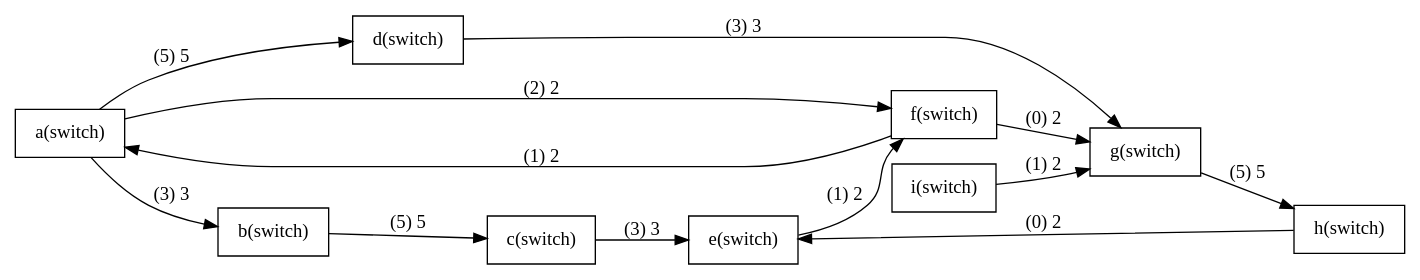
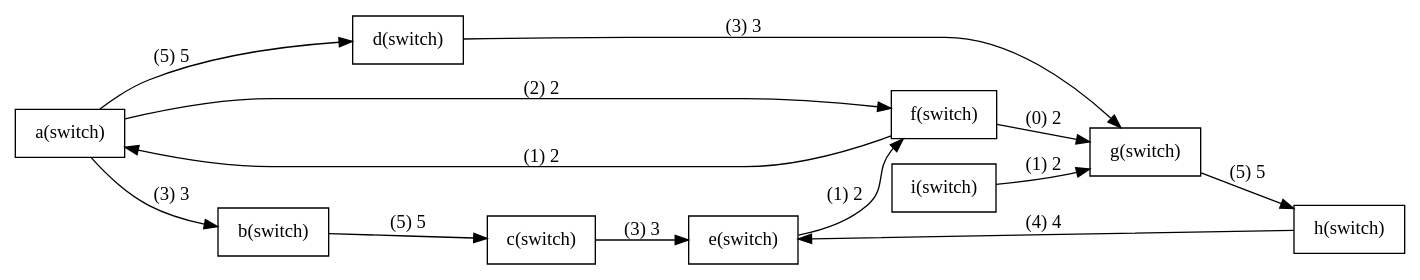
The diagram in example/api/sssp/sssp-origin.dot (kevinbird61/fake-mininet), drawn with Graphviz before and after one commit. The commit also changed 8 other files, not shown here.

```diff
--- a/example/api/sssp/sssp-origin.dot
+++ b/example/api/sssp/sssp-origin.dot
@@ -1,42 +1,42 @@
 digraph G{
 rankdir=LR;
 node [shape=record];
 
 a [label="a(switch)"];
 b [label="b(switch)"];
 a->b[label="(3) 3"];
 a [label="a(switch)"];
 d [label="d(switch)"];
 a->d[label="(5) 5"];
 a [label="a(switch)"];
 f [label="f(switch)"];
 a->f[label="(2) 2"];
 b [label="b(switch)"];
 c [label="c(switch)"];
 b->c[label="(5) 5"];
 c [label="c(switch)"];
 e [label="e(switch)"];
 c->e[label="(3) 3"];
 d [label="d(switch)"];
 g [label="g(switch)"];
 d->g[label="(3) 3"];
 e [label="e(switch)"];
 f [label="f(switch)"];
 e->f[label="(1) 2"];
 f [label="f(switch)"];
 a [label="a(switch)"];
 f->a[label="(1) 2"];
 f [label="f(switch)"];
 g [label="g(switch)"];
 f->g[label="(0) 2"];
 i [label="i(switch)"];
 g [label="g(switch)"];
 i->g[label="(1) 2"];
 g [label="g(switch)"];
 h [label="h(switch)"];
 g->h[label="(5) 5"];
 h [label="h(switch)"];
 e [label="e(switch)"];
-h->e[label="(0) 2"];
+h->e[label="(4) 4"];
 
 }
```
